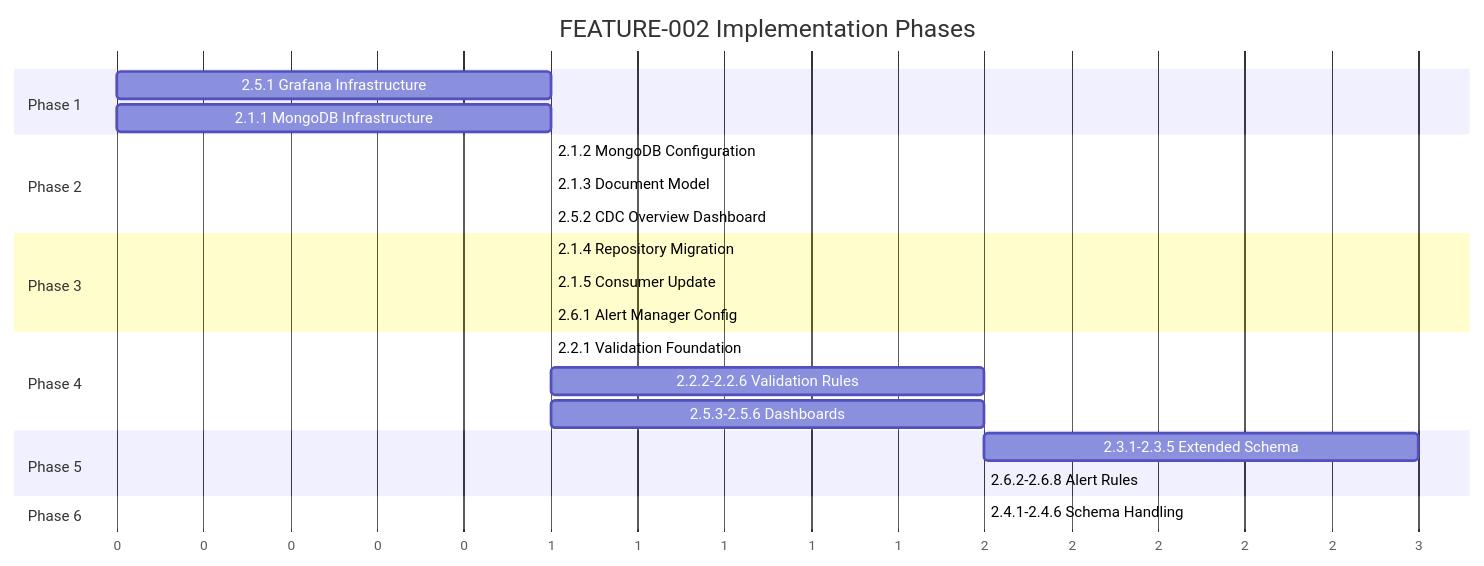
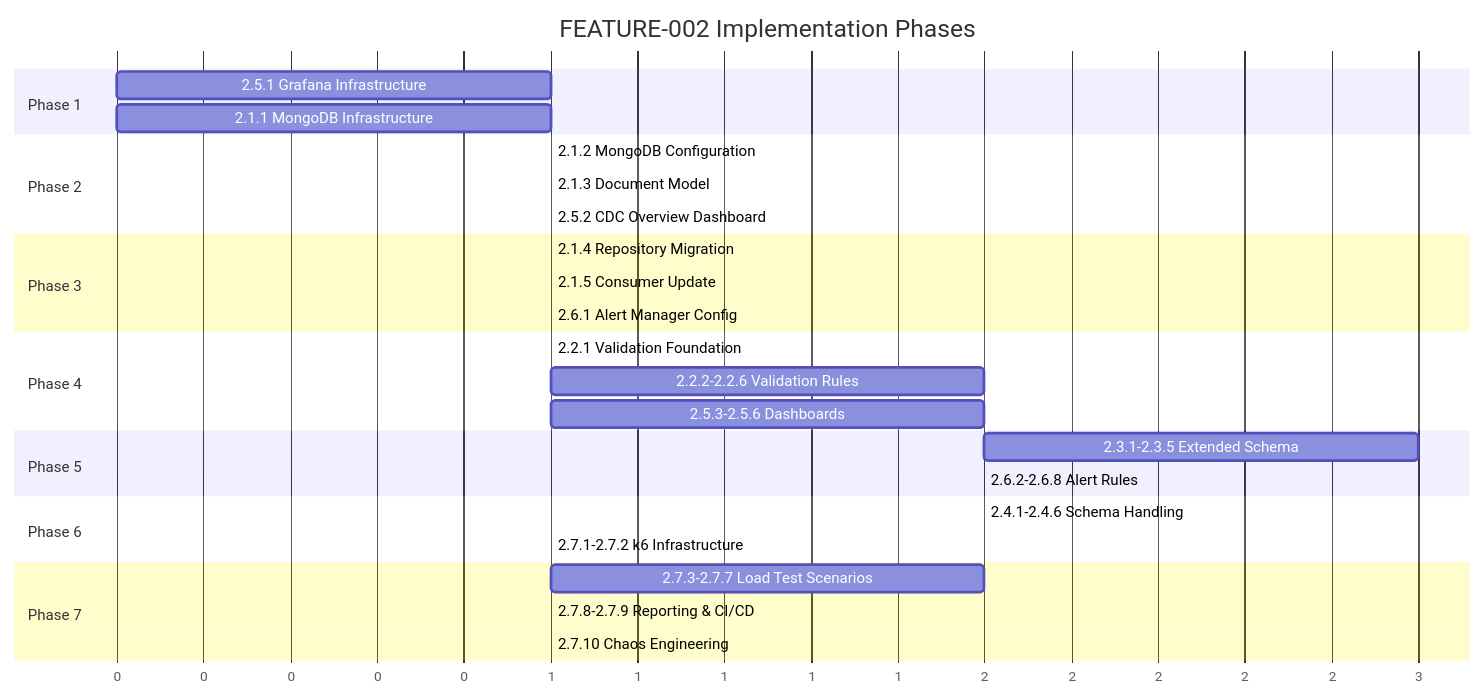
Diagram 13 of 13 in cdc-debezium/docs/features/FEATURE-002.md (cebartling/spring-boot-spikes), drawn with Mermaid before and after one commit. The commit also changed other lines of this file, not shown here.

First line of the commit message:
docs: Add Feature 2.7 load testing with k6 to FEATURE-002

````diff
--- a/cdc-debezium/docs/features/FEATURE-002.md
+++ b/cdc-debezium/docs/features/FEATURE-002.md
@@ -913,32 +1397,38 @@
 ```mermaid
 gantt
     title FEATURE-002 Implementation Phases
     dateFormat X
     axisFormat %s
 
     section Phase 1
     2.5.1 Grafana Infrastructure    :p1a, 0, 1
     2.1.1 MongoDB Infrastructure    :p1b, 0, 1
 
     section Phase 2
     2.1.2 MongoDB Configuration     :p2a, after p1b, 1
     2.1.3 Document Model            :p2b, after p2a, 1
     2.5.2 CDC Overview Dashboard    :p2c, after p1a, 1
 
     section Phase 3
     2.1.4 Repository Migration      :p3a, after p2b, 1
     2.1.5 Consumer Update           :p3b, after p3a, 1
     2.6.1 Alert Manager Config      :p3c, after p2c, 1
 
     section Phase 4
     2.2.1 Validation Foundation     :p4a, after p3b, 1
     2.2.2-2.2.6 Validation Rules    :p4b, after p4a, 2
     2.5.3-2.5.6 Dashboards          :p4c, after p3c, 2
 
     section Phase 5
     2.3.1-2.3.5 Extended Schema     :p5a, after p4b, 3
     2.6.2-2.6.8 Alert Rules         :p5b, after p4c, 2
 
     section Phase 6
     2.4.1-2.4.6 Schema Handling     :p6a, after p5a, 2
+    2.7.1-2.7.2 k6 Infrastructure   :p6b, after p5b, 1
+
+    section Phase 7
+    2.7.3-2.7.7 Load Test Scenarios :p7a, after p6b, 2
+    2.7.8-2.7.9 Reporting & CI/CD   :p7b, after p7a, 1
+    2.7.10 Chaos Engineering        :p7c, after p7b, 1
 ```
````
